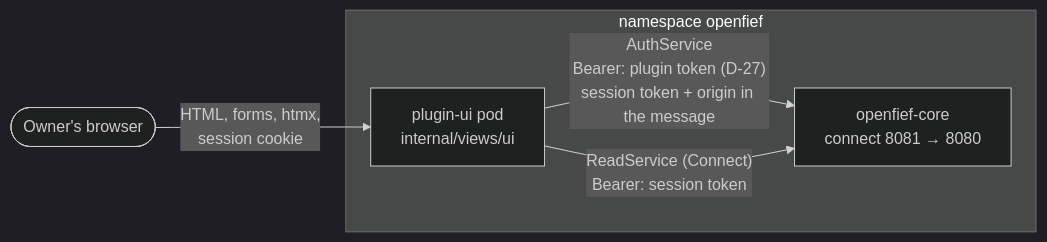
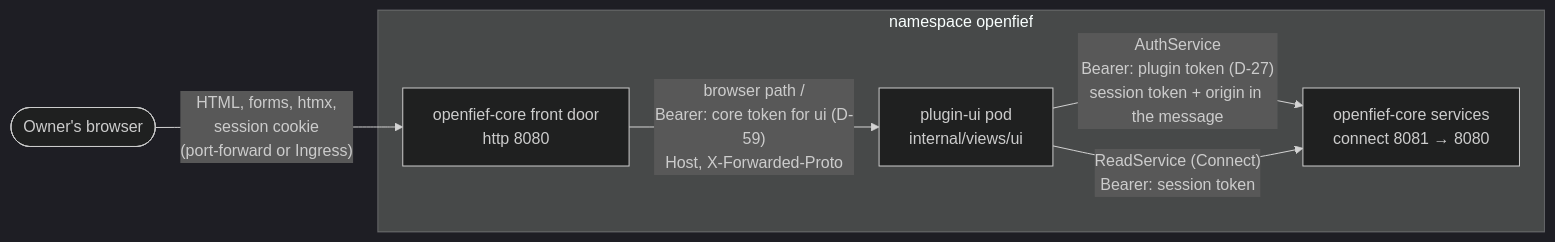
The first of 2 diagrams in docs/concepts/ui.md (arkadiuss/openfief), drawn with Mermaid (dark theme) before and after one commit. The commit also changed other lines of this file and 177 other files, not shown here.

````diff
--- a/docs/concepts/ui.md
+++ b/docs/concepts/ui.md
@@ -32,11 +38,13 @@
 ```mermaid
 flowchart LR
   browser(["Owner's browser"])
   subgraph ns["namespace openfief"]
+    door["openfief-core front door<br/>http 8080"]
     ui["plugin-ui pod<br/>internal/views/ui"]
-    core["openfief-core<br/>connect 8081 → 8080"]
+    core["openfief-core services<br/>connect 8081 → 8080"]
   end
-  browser -- "HTML, forms, htmx,<br/>session cookie" --> ui
+  browser -- "HTML, forms, htmx,<br/>session cookie<br/>(port-forward or Ingress)" --> door
+  door -- "browser path /<br/>Bearer: core token for ui (D-59)<br/>Host, X-Forwarded-Proto" --> ui
   ui -- "AuthService<br/>Bearer: plugin token (D-27)<br/>session token + origin in the message" --> core
   ui -- "ReadService (Connect)<br/>Bearer: session token" --> core
 ```
````
